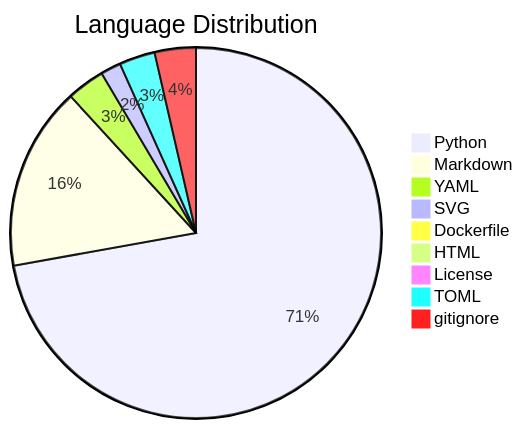
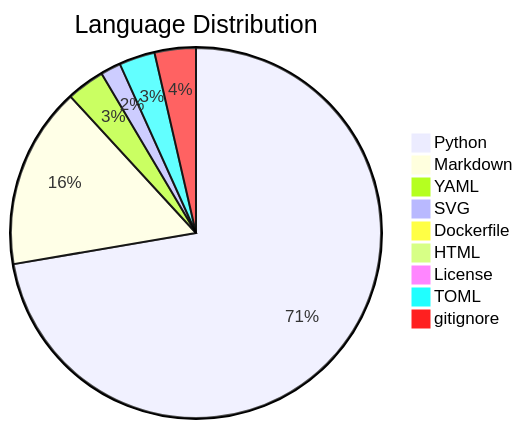
The first of 2 diagrams in .github/stats/Code Statistics.md (PyNetic/PyNetic), drawn with Mermaid before and after one commit. The commit also changed other lines of this file, not shown here.

````diff
--- a/.github/stats/Code Statistics.md
+++ b/.github/stats/Code Statistics.md
@@ -4,12 +4,12 @@
 ```mermaid
 pie title Language Distribution
     "Python" : 1546
-    "Markdown" : 343
+    "Markdown" : 339
     "YAML" : 71
     "SVG" : 38
     "Dockerfile" : 8
     "HTML" : 13
     "License" : 17
     "TOML" : 67
     "gitignore" : 77
 ```
````
